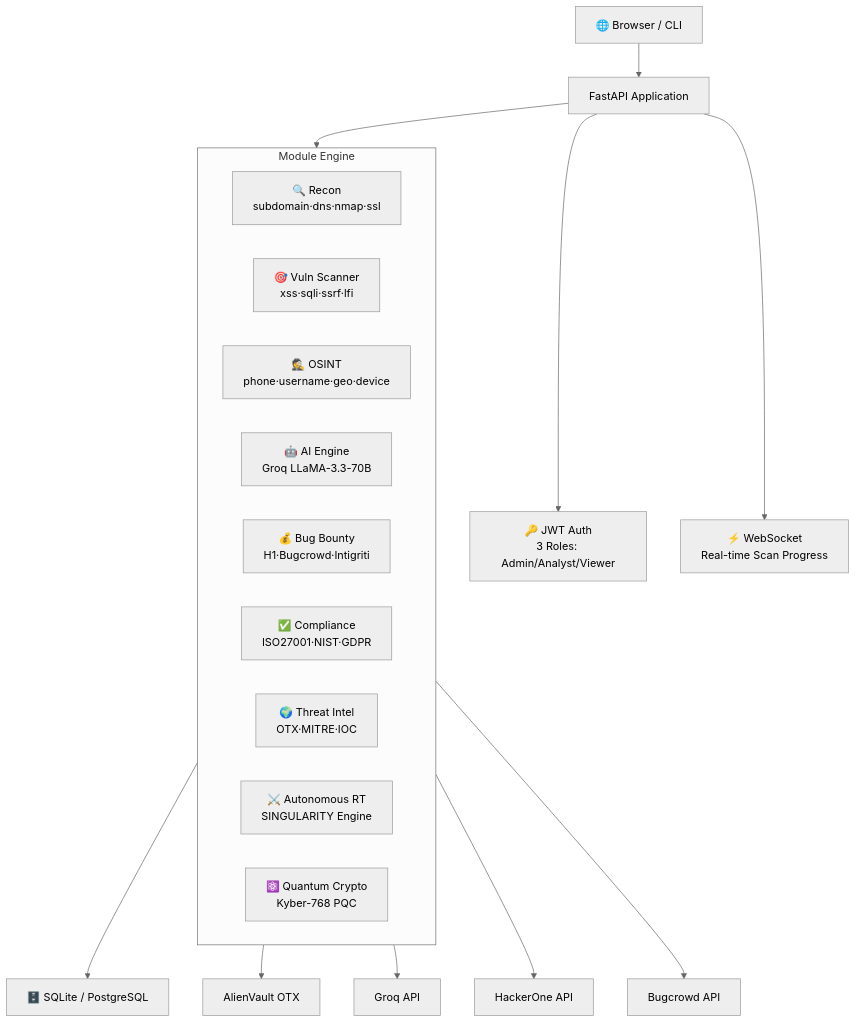
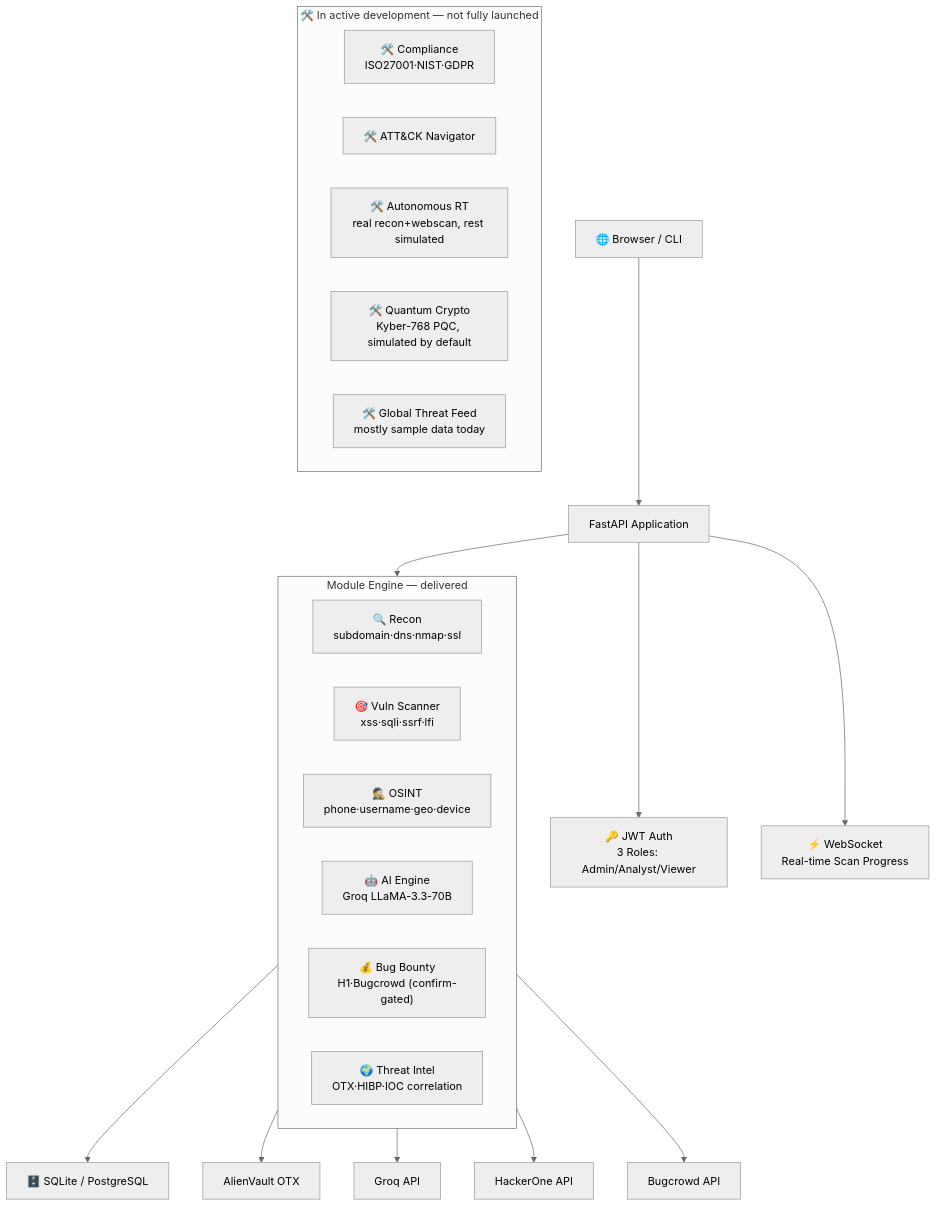
Before and after one commit to OptisecDev/optisec-recon-pro: the diagram in README.md, drawn with Mermaid (neutral theme). The commit also changed other lines of this file and 6 other files, not shown here.

Commit message:
docs+ui: honest claims audit - label sample threat feed data and simulated red team findings

````diff
--- a/README.md
+++ b/README.md
@@ -370,25 +414,30 @@
 ```mermaid
 graph TB
     Browser["🌐 Browser / CLI"] --> FastAPI["FastAPI Application"]
     FastAPI --> Auth["🔑 JWT Auth<br/>3 Roles: Admin/Analyst/Viewer"]
     FastAPI --> WS["⚡ WebSocket<br/>Real-time Scan Progress"]
     FastAPI --> Modules
 
-    subgraph Modules["Module Engine"]
+    subgraph Modules["Module Engine — delivered"]
         Recon["🔍 Recon<br/>subdomain·dns·nmap·ssl"]
         Vuln["🎯 Vuln Scanner<br/>xss·sqli·ssrf·lfi"]
         OSINT["🕵️ OSINT<br/>phone·username·geo·device"]
         AI["🤖 AI Engine<br/>Groq LLaMA-3.3-70B"]
-        BugBounty["💰 Bug Bounty<br/>H1·Bugcrowd·Intigriti"]
-        Compliance["✅ Compliance<br/>ISO27001·NIST·GDPR"]
-        ThreatIntel["🌍 Threat Intel<br/>OTX·MITRE·IOC"]
-        RedTeam["⚔️ Autonomous RT<br/>SINGULARITY Engine"]
-        Quantum["⚛️ Quantum Crypto<br/>Kyber-768 PQC"]
+        BugBounty["💰 Bug Bounty<br/>H1·Bugcrowd (confirm-gated)"]
+        ThreatIntel["🌍 Threat Intel<br/>OTX·HIBP·IOC correlation"]
+    end
+
+    subgraph Roadmap["🛠️ In active development — not fully launched"]
+        Compliance["🛠️ Compliance<br/>ISO27001·NIST·GDPR"]
+        AttackNav["🛠️ ATT&CK Navigator"]
+        RedTeam["🛠️ Autonomous RT<br/>real recon+webscan, rest simulated"]
+        Quantum["🛠️ Quantum Crypto<br/>Kyber-768 PQC, simulated by default"]
+        GlobalFeed["🛠️ Global Threat Feed<br/>mostly sample data today"]
     end
 
     Modules --> DB["🗄️ SQLite / PostgreSQL"]
     Modules --> OTX["AlienVault OTX"]
     Modules --> Groq["Groq API"]
     Modules --> H1["HackerOne API"]
     Modules --> BC["Bugcrowd API"]
 ```
````
